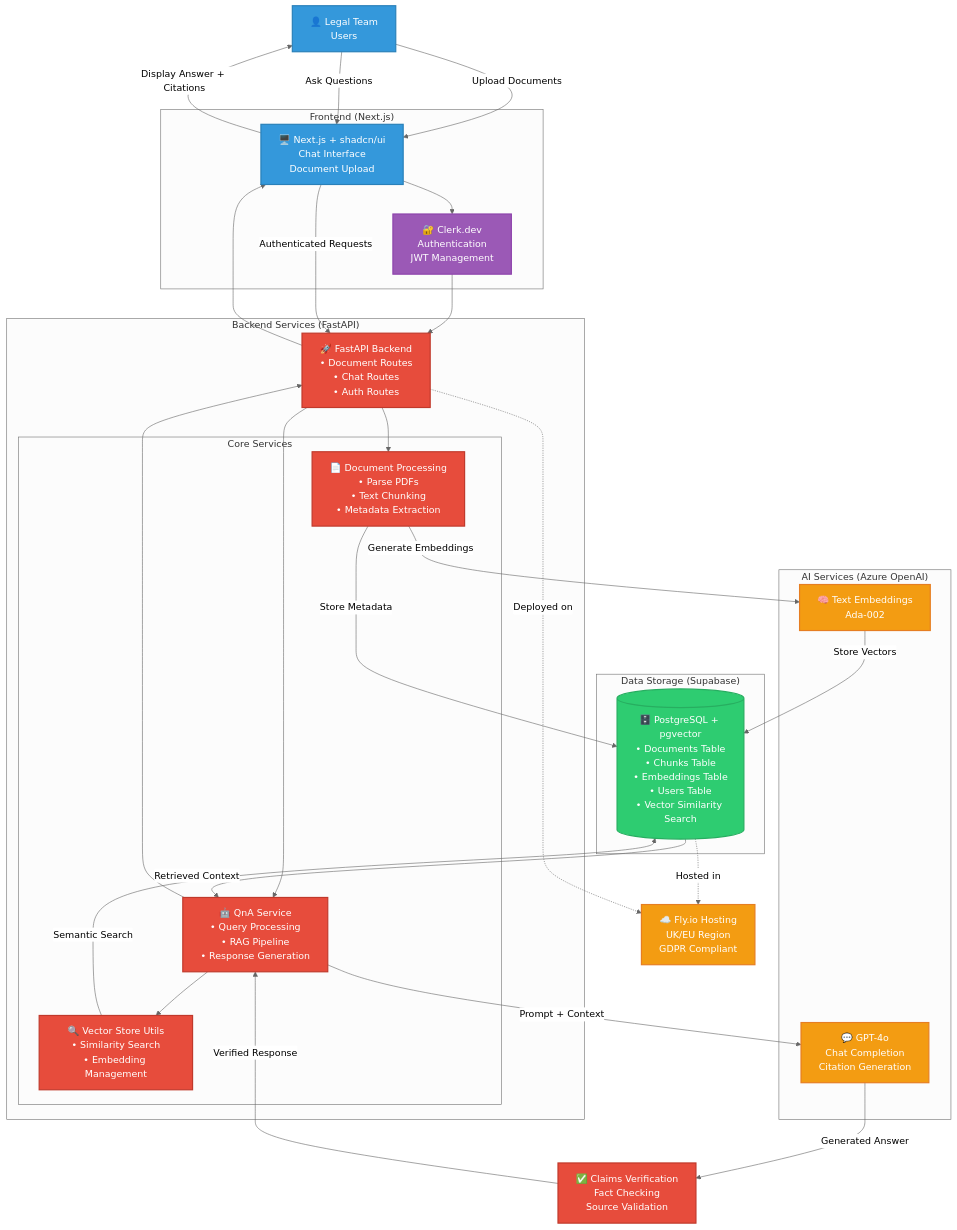
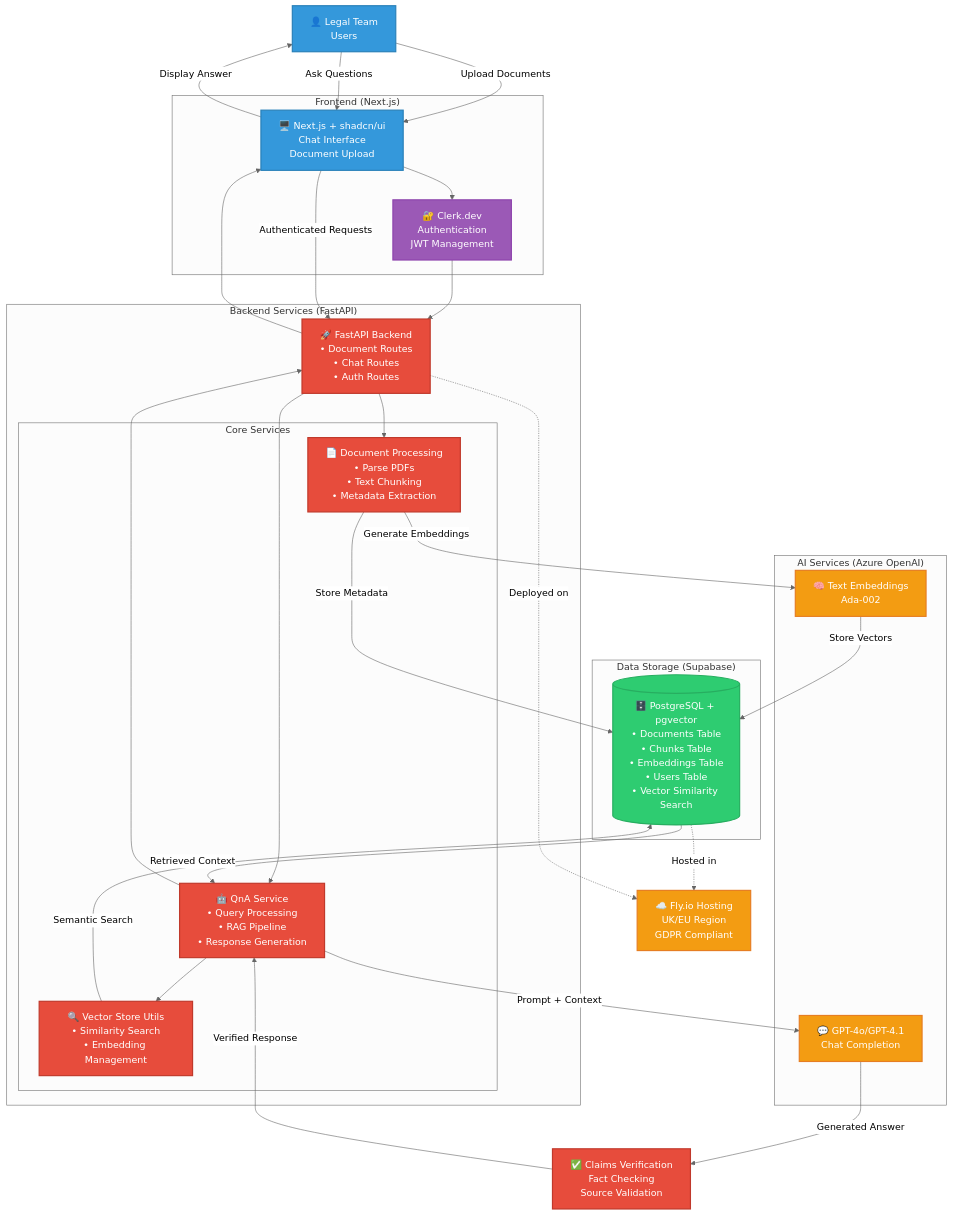
The first of 6 diagrams in README.md (excetra-product-lab/chat_with_docs), drawn with Mermaid (neutral theme) before and after one commit. The commit also changed other lines of this file and 88 other files, not shown here.

````diff
--- a/README.md
+++ b/README.md
@@ -85,71 +85,71 @@
 ```mermaid
 graph TB
     %% Styling
     classDef frontend fill:#3498db,stroke:#2980b9,stroke-width:2px,color:#fff
     classDef backend fill:#e74c3c,stroke:#c0392b,stroke-width:2px,color:#fff
     classDef database fill:#2ecc71,stroke:#27ae60,stroke-width:2px,color:#fff
     classDef external fill:#f39c12,stroke:#e67e22,stroke-width:2px,color:#fff
     classDef auth fill:#9b59b6,stroke:#8e44ad,stroke-width:2px,color:#fff
 
     %% User Layer
     User[👤 Legal Team<br/>Users]:::frontend
 
     %% Frontend Layer
     subgraph "Frontend (Next.js)"
         UI[🖥️ Next.js + shadcn/ui<br/>Chat Interface<br/>Document Upload]:::frontend
         Auth[🔐 Clerk.dev<br/>Authentication<br/>JWT Management]:::auth
     end
 
     %% Backend Layer
     subgraph "Backend Services (FastAPI)"
         API[🚀 FastAPI Backend<br/>• Document Routes<br/>• Chat Routes<br/>• Auth Routes]:::backend
 
         subgraph "Core Services"
             Ingestion[📄 Document Processing<br/>• Parse PDFs<br/>• Text Chunking<br/>• Metadata Extraction]:::backend
             QnA[🤖 QnA Service<br/>• Query Processing<br/>• RAG Pipeline<br/>• Response Generation]:::backend
             Vector[🔍 Vector Store Utils<br/>• Similarity Search<br/>• Embedding Management]:::backend
         end
     end
 
     %% Database Layer
     subgraph "Data Storage (Supabase)"
         DB[(🗄️ PostgreSQL + pgvector<br/>• Documents Table<br/>• Chunks Table<br/>• Embeddings Table<br/>• Users Table<br/>• Vector Similarity Search)]:::database
     end
 
     %% External Services
     subgraph "AI Services (Azure OpenAI)"
         Embeddings[🧠 Text Embeddings<br/>Ada-002]:::external
-        LLM[💬 GPT-4o<br/>Chat Completion<br/>Citation Generation]:::external
+        LLM[💬 GPT-4o/GPT-4.1<br/>Chat Completion]:::external
     end
 
     %% Additional Services
     Verification[✅ Claims Verification<br/>Fact Checking<br/>Source Validation]:::backend
     Hosting[☁️ Fly.io Hosting<br/>UK/EU Region<br/>GDPR Compliant]:::external
 
     %% Offline Indexing Pipeline
     User -->|Upload Documents| UI
     UI --> Auth
     Auth --> API
     API --> Ingestion
     Ingestion -->|Generate Embeddings| Embeddings
     Embeddings -->|Store Vectors| DB
     Ingestion -->|Store Metadata| DB
 
     %% Online Query Pipeline
     User -->|Ask Questions| UI
     UI -->|Authenticated Requests| API
     API --> QnA
     QnA --> Vector
     Vector -->|Semantic Search| DB
     DB -->|Retrieved Context| QnA
     QnA -->|Prompt + Context| LLM
     LLM -->|Generated Answer| Verification
     Verification -->|Verified Response| QnA
     QnA --> API
     API --> UI
-    UI -->|Display Answer + Citations| User
+    UI -->|Display Answer| User
 
     %% Infrastructure
     API -.->|Deployed on| Hosting
     DB -.->|Hosted in| Hosting
 ```
````
